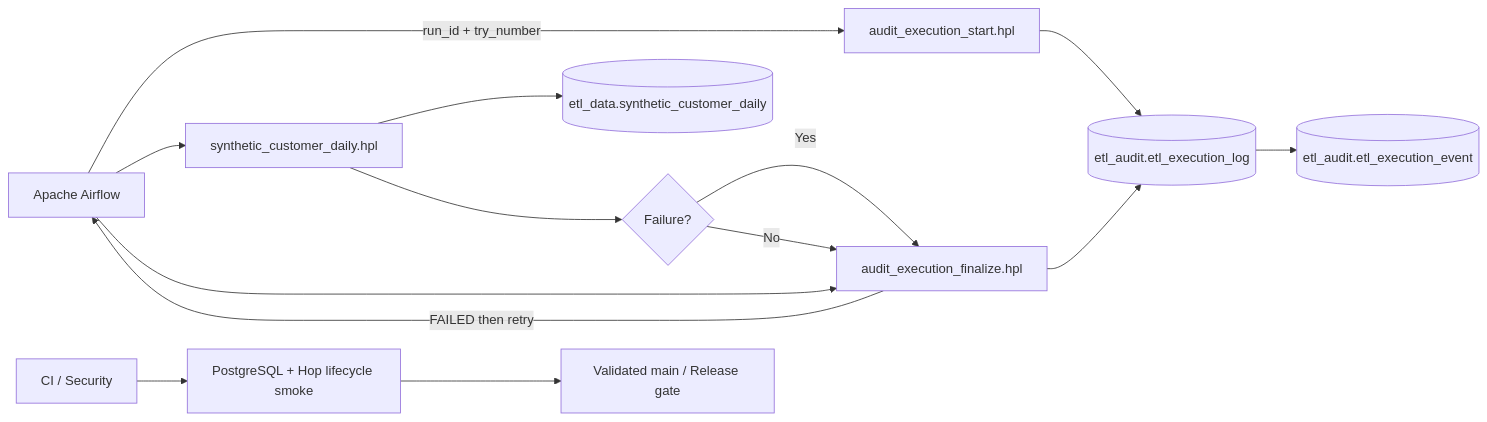
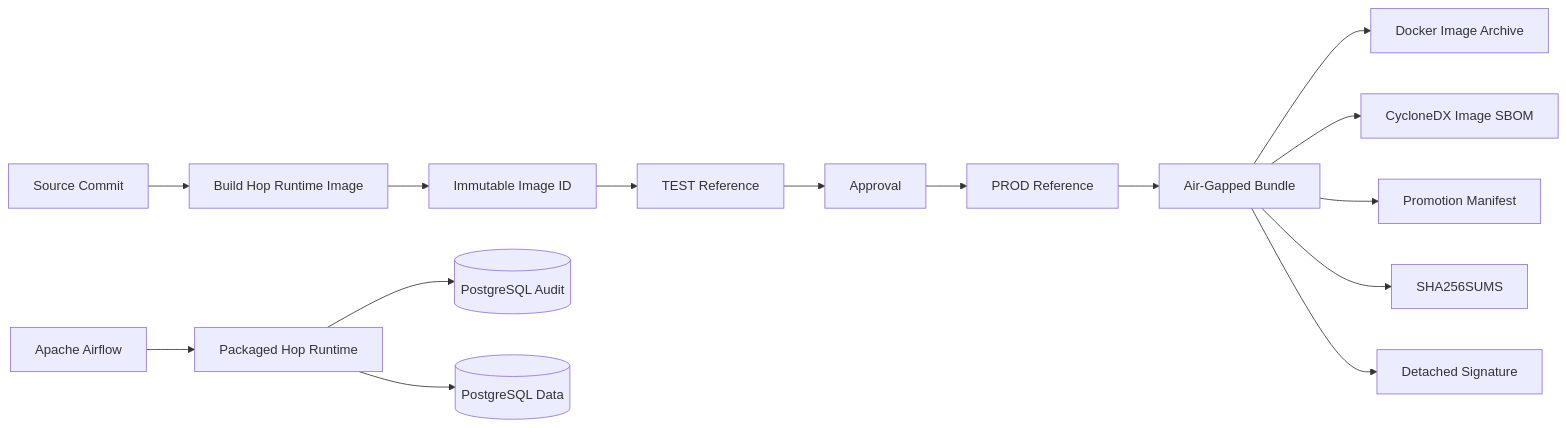
One commit to kewinall/enterprise-etl-platform changed the diagram in docs/ARCHITECTURE.md. Above: the diagram before and after it, drawn with Mermaid. The commit also changed other lines of this file and 25 other files, not shown here.

First line of the commit message:
feat: deliver v0.4 immutable image promotion and air-gapped bundle

````diff
--- a/docs/ARCHITECTURE.md
+++ b/docs/ARCHITECTURE.md
@@ -7,21 +7,19 @@
 ```mermaid
 flowchart LR
-  AF[Apache Airflow] -->|run_id + try_number| AS[audit_execution_start.hpl]
-  AS --> AUDIT[(etl_audit.etl_execution_log)]
-  AUDIT --> EVT[(etl_audit.etl_execution_event)]
+  SRC[Source Commit] --> BUILD[Build Hop Runtime Image]
+  BUILD --> ID[Immutable Image ID]
+  ID --> TEST[TEST Reference]
+  TEST --> APPROVE[Approval]
+  APPROVE --> PROD[PROD Reference]
+  PROD --> BUNDLE[Air-Gapped Bundle]
 
-  AF --> ETL[synthetic_customer_daily.hpl]
-  ETL --> DATA[(etl_data.synthetic_customer_daily)]
+  BUNDLE --> IMG[Docker Image Archive]
+  BUNDLE --> SBOM[CycloneDX Image SBOM]
+  BUNDLE --> MAN[Promotion Manifest]
+  BUNDLE --> SUM[SHA256SUMS]
+  BUNDLE --> SIG[Detached Signature]
 
-  AF --> FIN[audit_execution_finalize.hpl]
-  FIN --> AUDIT
-
-  FAIL{Failure?}
-  ETL --> FAIL
-  FAIL -->|Yes| FIN
-  FIN -->|FAILED then retry| AF
-  FAIL -->|No| FIN
-
-  CI[CI / Security] --> TEST[PostgreSQL + Hop lifecycle smoke]
-  TEST --> REL[Validated main / Release gate]
+  AF[Apache Airflow] --> HOP[Packaged Hop Runtime]
+  HOP --> AUDIT[(PostgreSQL Audit)]
+  HOP --> DATA[(PostgreSQL Data)]
 ```
````
